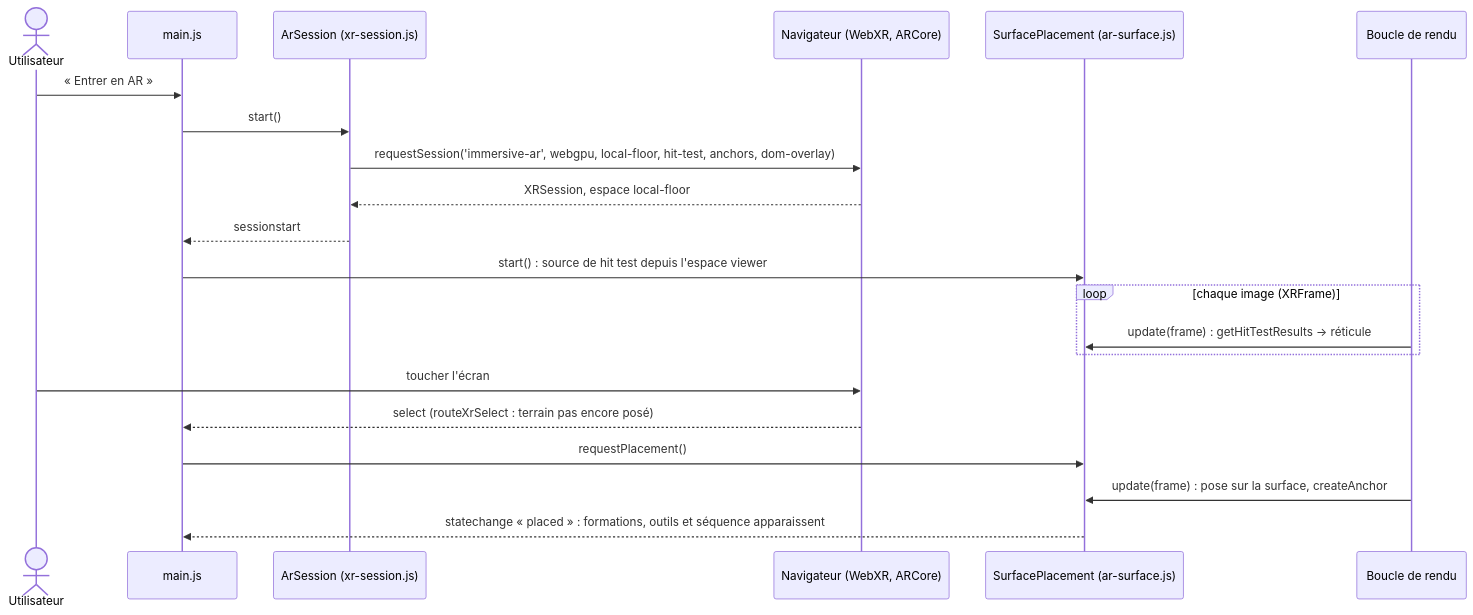
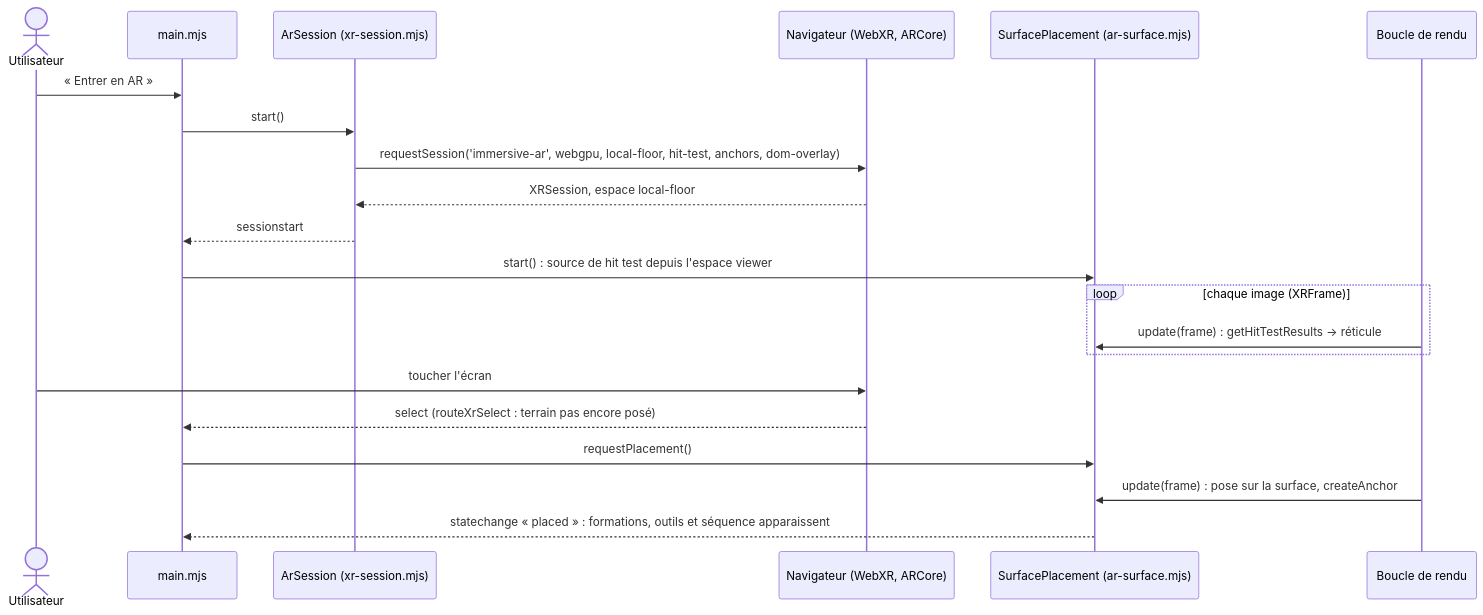
One commit to bilelkhlif/footballsimulator changed the second of 6 diagrams in docs/uml.md. Above: the diagram before and after it, drawn with Mermaid. The commit also changed 35 other files, not shown here.

````diff
--- a/docs/uml.md
+++ b/docs/uml.md
@@ -36,23 +36,23 @@
 ```mermaid
 sequenceDiagram
   actor U as Utilisateur
-  participant M as main.js
-  participant S as ArSession (xr-session.js)
+  participant M as main.mjs
+  participant S as ArSession (xr-session.mjs)
   participant N as Navigateur (WebXR, ARCore)
-  participant P as SurfacePlacement (ar-surface.js)
+  participant P as SurfacePlacement (ar-surface.mjs)
   participant L as Boucle de rendu
   U->>M: « Entrer en AR »
   M->>S: start()
   S->>N: requestSession('immersive-ar', webgpu, local-floor, hit-test, anchors, dom-overlay)
   N-->>S: XRSession, espace local-floor
   S-->>M: sessionstart
   M->>P: start() : source de hit test depuis l'espace viewer
   loop chaque image (XRFrame)
     L->>P: update(frame) : getHitTestResults → réticule
   end
   U->>N: toucher l'écran
   N-->>M: select (routeXrSelect : terrain pas encore posé)
   M->>P: requestPlacement()
   L->>P: update(frame) : pose sur la surface, createAnchor
   P-->>M: statechange « placed » : formations, outils et séquence apparaissent
 ```
````
